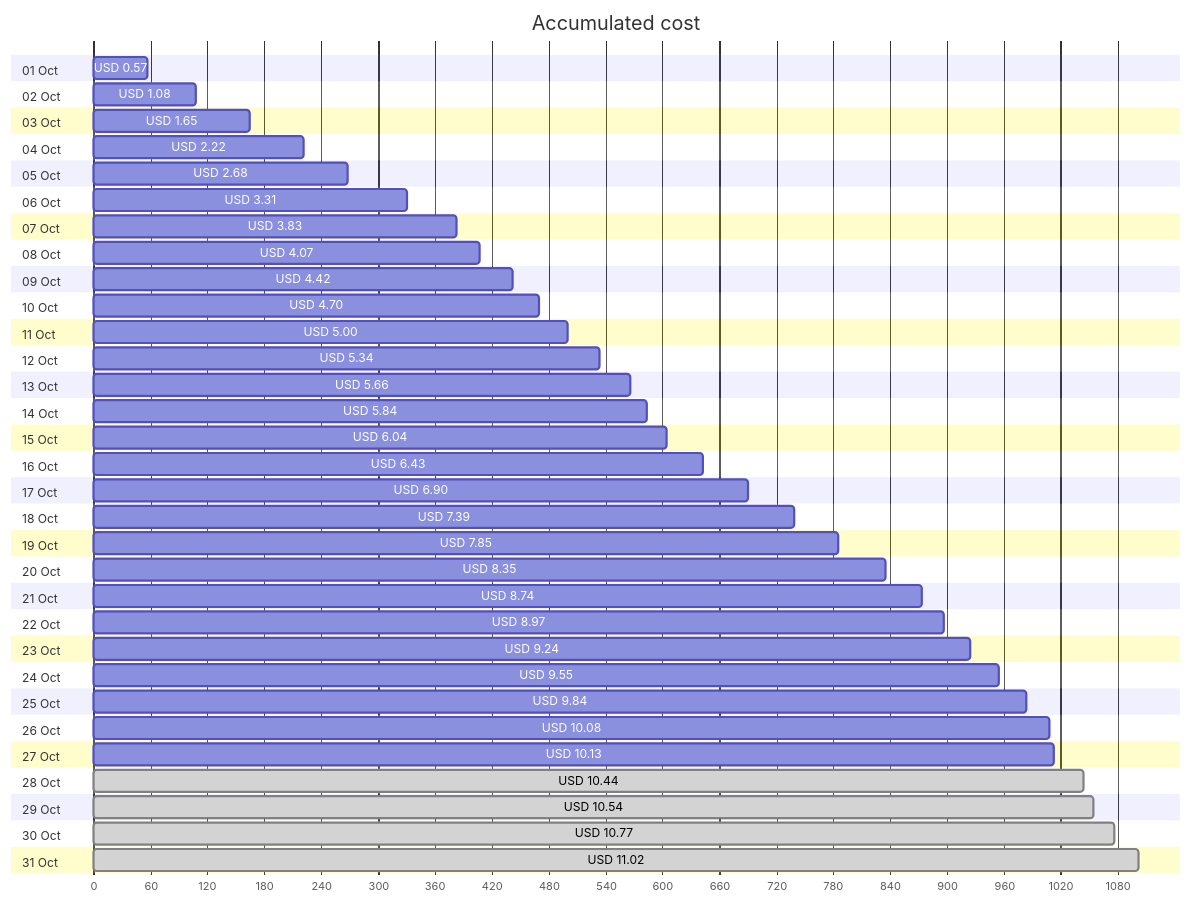
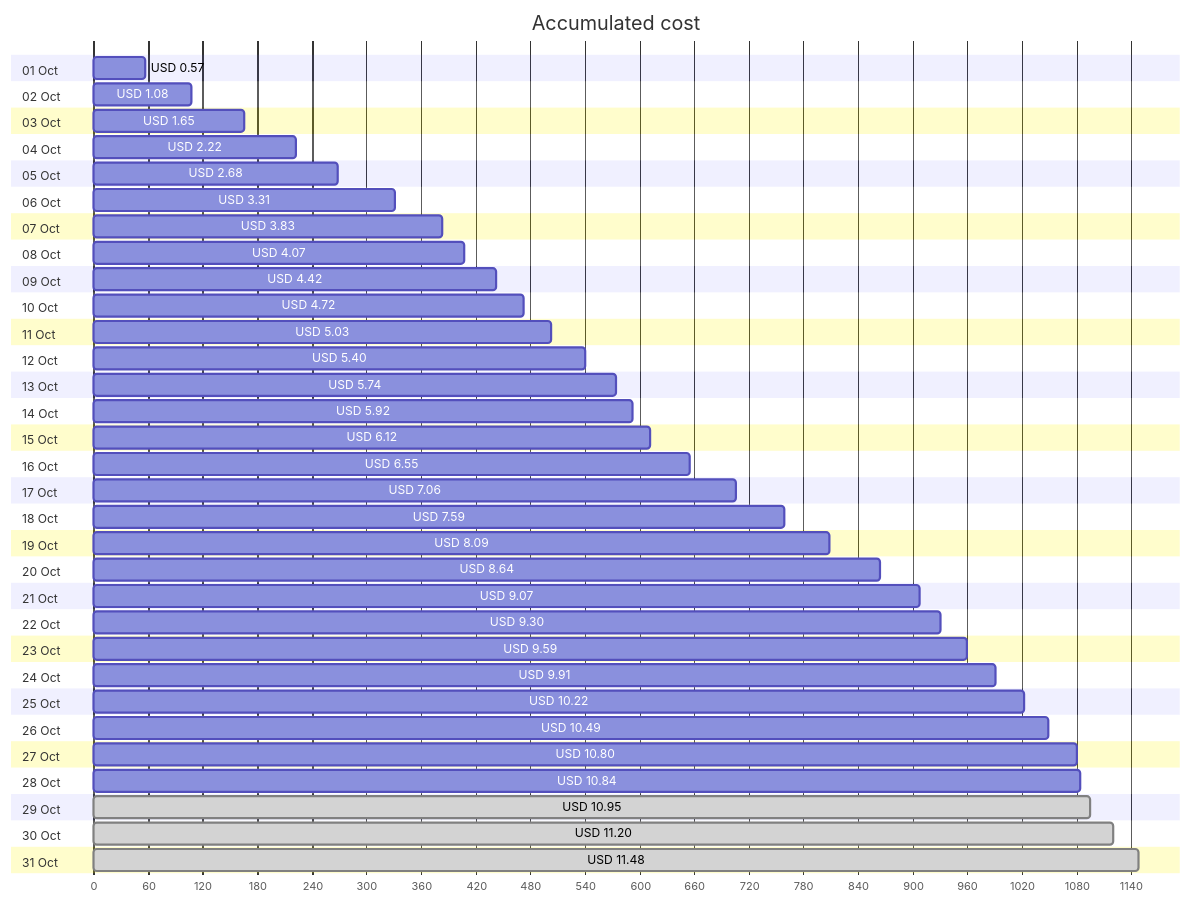
One commit to jpfulton/azure-personal-reports changed the first of 4 diagrams in cost-reports/personal-network/vpn-server.md. Above: the diagram before and after it, drawn with Mermaid. The commit also changed other lines of this file and 8 other files, not shown here.

````diff
--- a/cost-reports/personal-network/vpn-server.md
+++ b/cost-reports/personal-network/vpn-server.md
@@ -20,68 +20,68 @@
 ```mermaid
 gantt
    title Accumulated cost
    dateFormat  X
    axisFormat %s
    section 01 Oct
    USD 0.57 :0, 57
    section 02 Oct
    USD 1.08 :0, 108
    section 03 Oct
    USD 1.65 :0, 165
    section 04 Oct
    USD 2.22 :0, 222
    section 05 Oct
    USD 2.68 :0, 268
    section 06 Oct
    USD 3.31 :0, 331
    section 07 Oct
    USD 3.83 :0, 383
    section 08 Oct
    USD 4.07 :0, 407
    section 09 Oct
    USD 4.42 :0, 442
    section 10 Oct
-   USD 4.70 :0, 470
+   USD 4.72 :0, 472
    section 11 Oct
-   USD 5.00 :0, 500
+   USD 5.03 :0, 503
    section 12 Oct
-   USD 5.34 :0, 534
+   USD 5.40 :0, 540
    section 13 Oct
-   USD 5.66 :0, 566
+   USD 5.74 :0, 574
    section 14 Oct
-   USD 5.84 :0, 584
+   USD 5.92 :0, 592
    section 15 Oct
-   USD 6.04 :0, 604
+   USD 6.12 :0, 612
    section 16 Oct
-   USD 6.43 :0, 643
+   USD 6.55 :0, 655
    section 17 Oct
-   USD 6.90 :0, 690
+   USD 7.06 :0, 706
    section 18 Oct
-   USD 7.39 :0, 739
+   USD 7.59 :0, 759
    section 19 Oct
-   USD 7.85 :0, 785
+   USD 8.09 :0, 809
    section 20 Oct
-   USD 8.35 :0, 835
+   USD 8.64 :0, 864
    section 21 Oct
-   USD 8.74 :0, 874
+   USD 9.07 :0, 907
    section 22 Oct
-   USD 8.97 :0, 897
+   USD 9.30 :0, 930
    section 23 Oct
-   USD 9.24 :0, 924
+   USD 9.59 :0, 959
    section 24 Oct
-   USD 9.55 :0, 955
+   USD 9.91 :0, 991
    section 25 Oct
-   USD 9.84 :0, 984
+   USD 10.22 :0, 1022
    section 26 Oct
-   USD 10.08 :0, 1008
+   USD 10.49 :0, 1049
    section 27 Oct
-   USD 10.13 :0, 1013
+   USD 10.80 :0, 1080
    section 28 Oct
-   USD 10.44 : done, 0, 1044
+   USD 10.84 :0, 1084
    section 29 Oct
-   USD 10.54 : done, 0, 1054
+   USD 10.95 : done, 0, 1095
    section 30 Oct
-   USD 10.77 : done, 0, 1077
+   USD 11.20 : done, 0, 1120
    section 31 Oct
-   USD 11.02 : done, 0, 1102
+   USD 11.48 : done, 0, 1148
 ```
````
